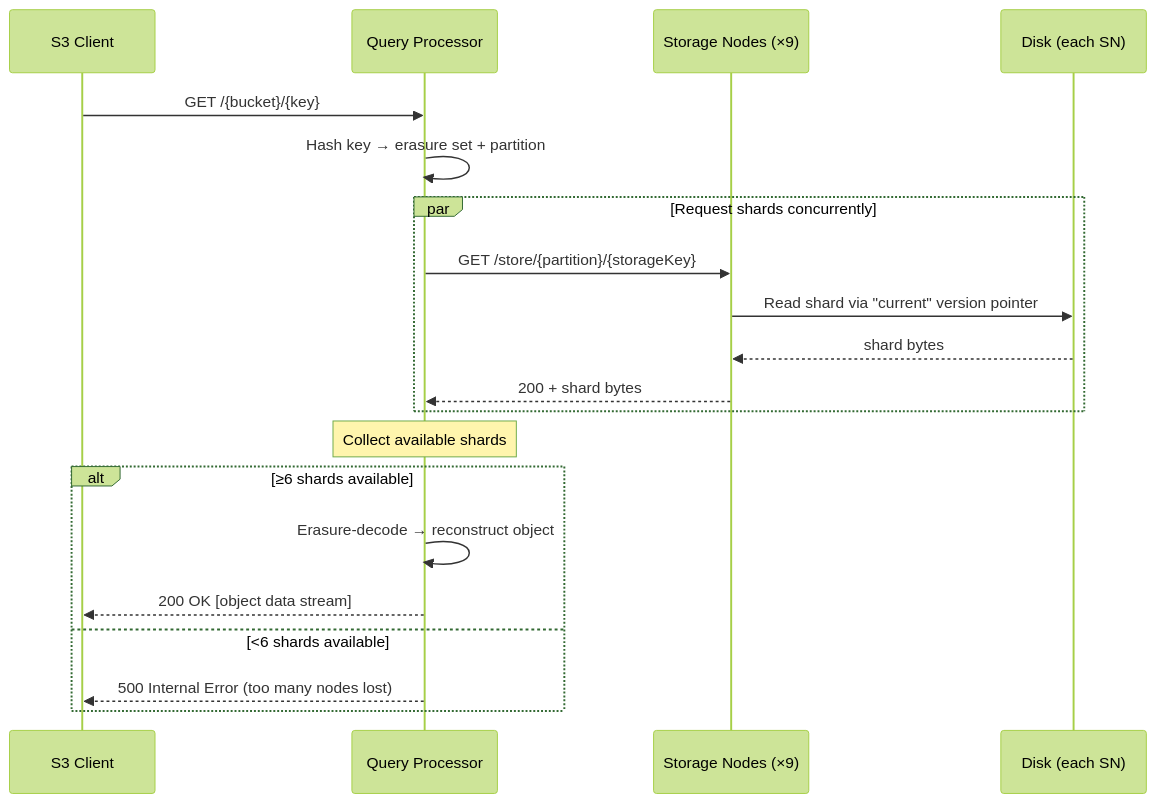
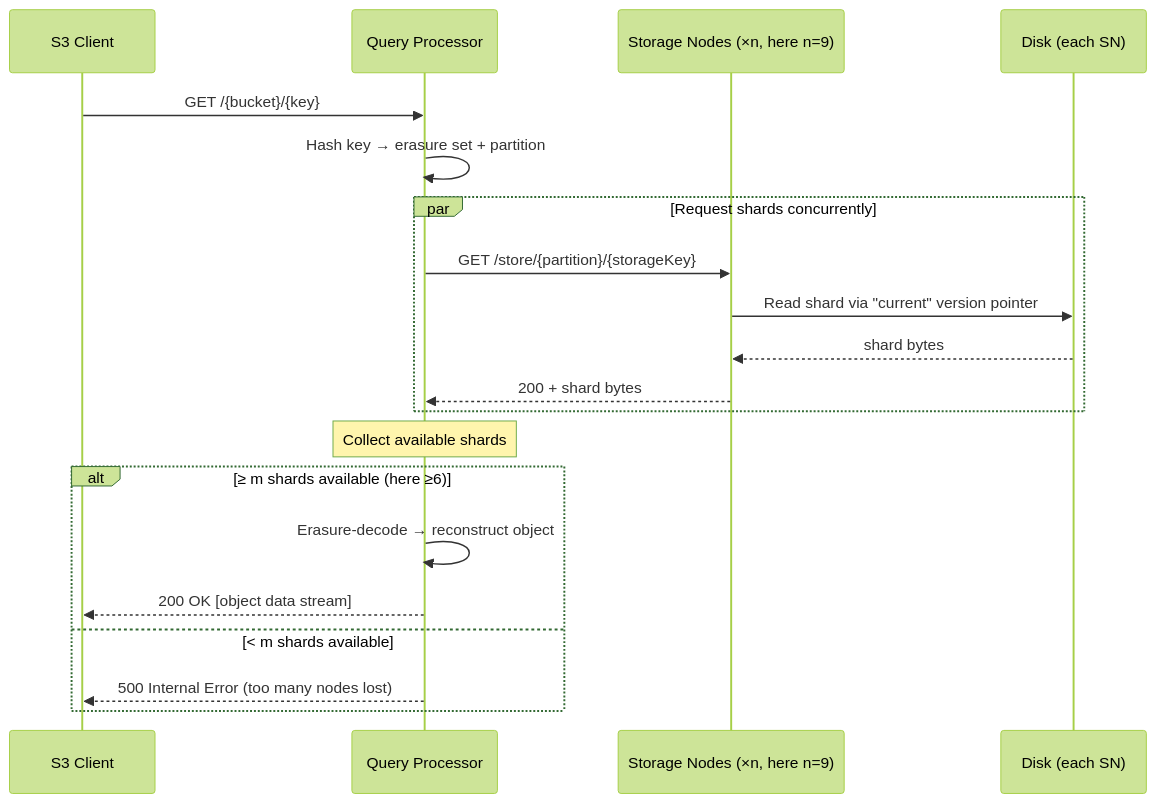
Before and after one commit to S26-Distributed-Capstone/Koop: the third of 16 diagrams in docs/workflow.md, drawn with Mermaid (forest theme). The commit also changed other lines of this file and 12 other files, not shown here.

First line of the commit message:
Enhance architecture documentation and multipart upload logic

````diff
--- a/docs/workflow.md
+++ b/docs/workflow.md
@@ -93,23 +103,23 @@
 ```mermaid
 sequenceDiagram
     participant C as S3 Client
     participant QP as Query Processor
-    participant SN as Storage Nodes (×9)
+    participant SN as Storage Nodes (×n, here n=9)
     participant Disk as Disk (each SN)
 
     C->>QP: GET /{bucket}/{key}
     QP->>QP: Hash key → erasure set + partition
     par Request shards concurrently
         QP->>SN: GET /store/{partition}/{storageKey}
         SN->>Disk: Read shard via "current" version pointer
         Disk-->>SN: shard bytes
         SN-->>QP: 200 + shard bytes
     end
     Note over QP: Collect available shards
-    alt ≥6 shards available
+    alt ≥ m shards available (here ≥6)
         QP->>QP: Erasure-decode → reconstruct object
         QP-->>C: 200 OK [object data stream]
-    else <6 shards available
+    else < m shards available
         QP-->>C: 500 Internal Error (too many nodes lost)
     end
 ```
````
